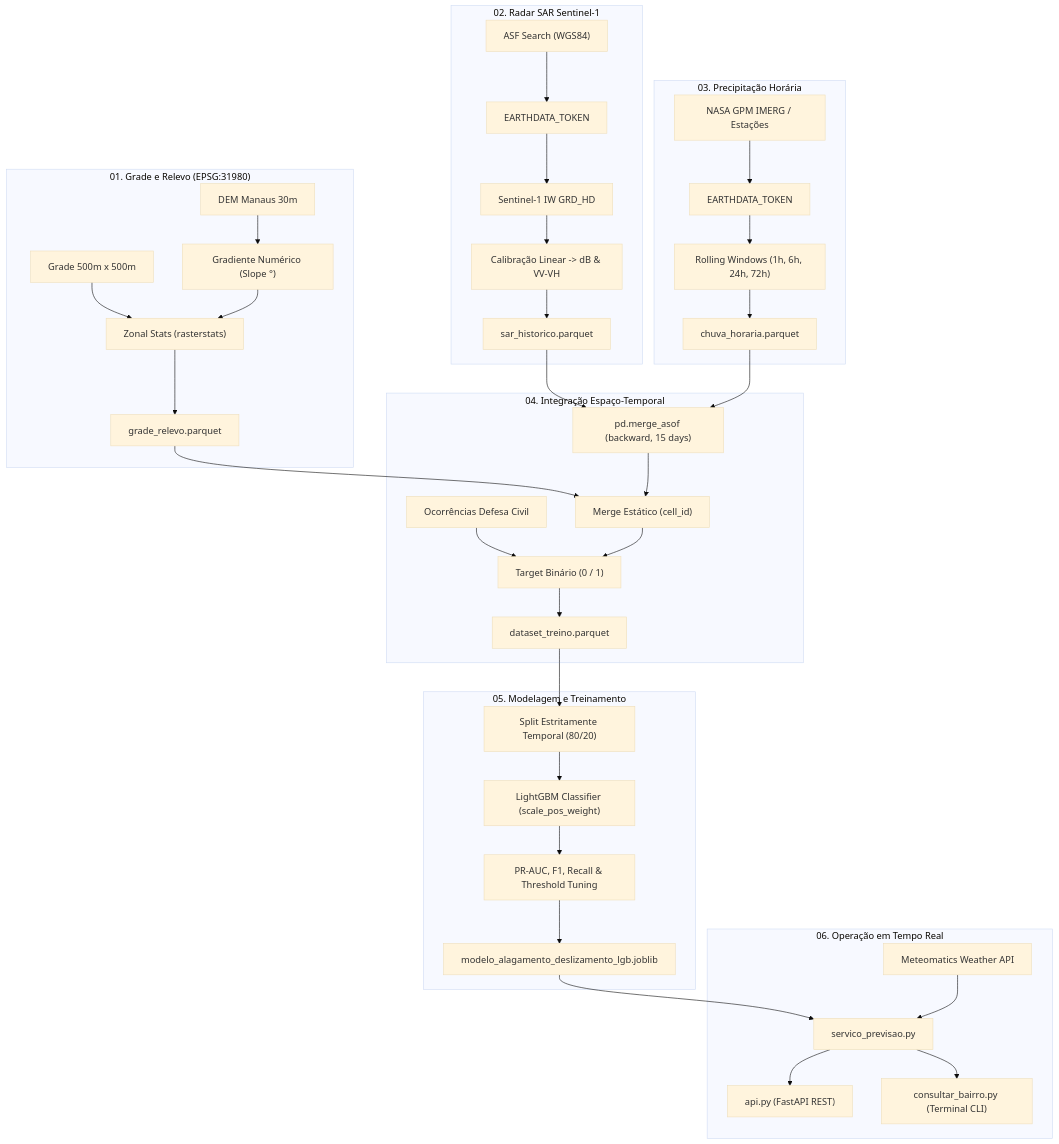
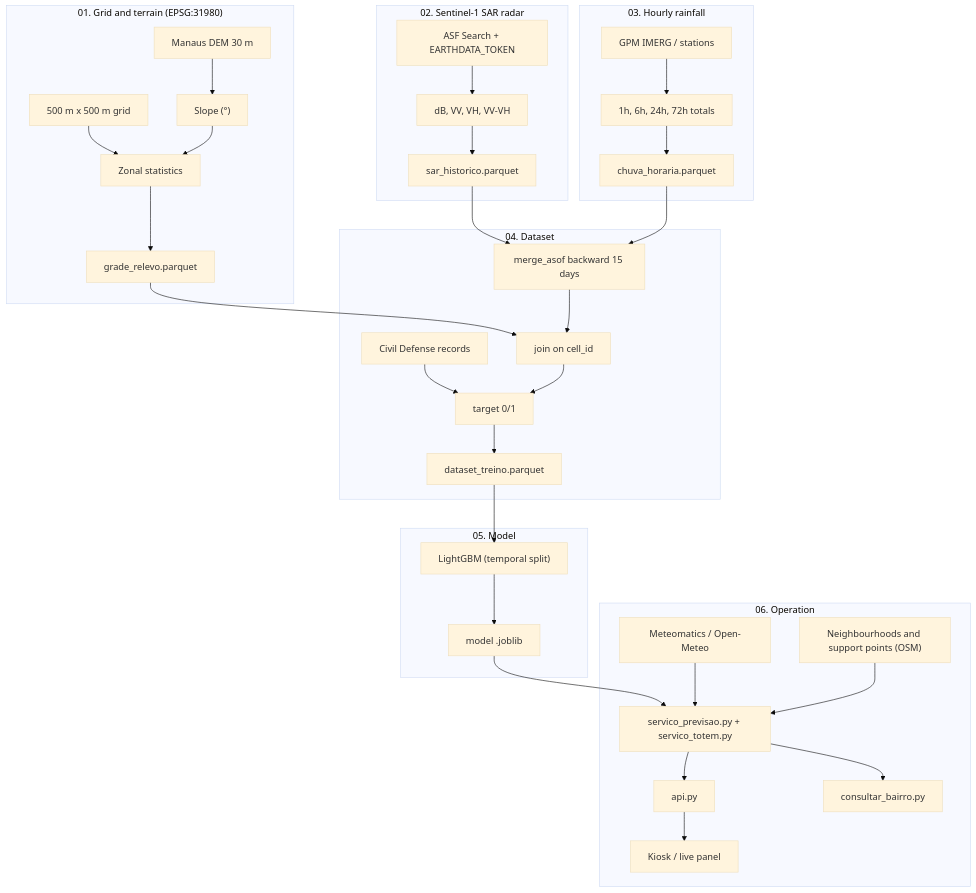
The diagram in README.md (Gridissss/FRAPC-by-COSMOS), drawn with Mermaid (base theme) before and after one commit. The commit also changed other lines of this file and 2 other files, not shown here.

````diff
--- a/README.md
+++ b/README.md
@@ -62,46 +335,32 @@
 ```mermaid
 flowchart TD
-    subgraph S1["01. Grade e Relevo (EPSG:31980)"]
-        DEM["DEM Manaus 30m"] --> Slope["Gradiente Numérico (Slope °)"]
-        Grid["Grade 500m x 500m"] --> ZS["Zonal Stats (rasterstats)"]
-        Slope --> ZS
-        ZS --> Parquet1["grade_relevo.parquet"]
+    subgraph S1["01. Grid and terrain (EPSG:31980)"]
+        DEM["Manaus DEM 30 m"] --> Slope["Slope (°)"]
+        Grid["500 m x 500 m grid"] --> ZS["Zonal statistics"]
+        Slope --> ZS --> P1["grade_relevo.parquet"]
     end
-
-    subgraph S2["02. Radar SAR Sentinel-1"]
-        ASF["ASF Search (WGS84)"] --> Token1["EARTHDATA_TOKEN"]
-        Token1 --> S1_Down["Sentinel-1 IW GRD_HD"]
-        S1_Down --> SAR_dB["Calibração Linear -> dB & VV-VH"]
-        SAR_dB --> Parquet2["sar_historico.parquet"]
+    subgraph S2["02. Sentinel-1 SAR radar"]
+        ASF["ASF Search + EARTHDATA_TOKEN"] --> SAR["dB, VV, VH, VV-VH"] --> P2["sar_historico.parquet"]
     end
-
-    subgraph S3["03. Precipitação Horária"]
-        GPM["NASA GPM IMERG / Estações"] --> Token2["EARTHDATA_TOKEN"]
-        Token2 --> Roll["Rolling Windows (1h, 6h, 24h, 72h)"]
-        Roll --> Parquet3["chuva_horaria.parquet"]
+    subgraph S3["03. Hourly rainfall"]
+        GPM["GPM IMERG / stations"] --> Roll["1h, 6h, 24h, 72h totals"] --> P3["chuva_horaria.parquet"]
     end
-
-    subgraph S4["04. Integração Espaço-Temporal"]
-        Parquet2 --> MergeAsof["pd.merge_asof (backward, 15 days)"]
-        Parquet3 --> MergeAsof
-        Parquet1 --> MergeStatic["Merge Estático (cell_id)"]
-        MergeAsof --> MergeStatic
-        DC["Ocorrências Defesa Civil"] --> Target["Target Binário (0 / 1)"]
-        MergeStatic --> Target
-        Target --> Parquet4["dataset_treino.parquet"]
+    subgraph S4["04. Dataset"]
+        P2 --> MA["merge_asof backward 15 days"]
+        P3 --> MA
+        P1 --> MS["join on cell_id"]
+        MA --> MS
+        DC["Civil Defense records"] --> T["target 0/1"]
+        MS --> T --> P4["dataset_treino.parquet"]
     end
-
-    subgraph S5["05. Modelagem e Treinamento"]
-        Parquet4 --> Split["Split Estritamente Temporal (80/20)"]
-        Split --> LGB["LightGBM Classifier (scale_pos_weight)"]
-        LGB --> Eval["PR-AUC, F1, Recall & Threshold Tuning"]
-        Eval --> Artifact["modelo_alagamento_deslizamento_lgb.joblib"]
+    subgraph S5["05. Model"]
+        P4 --> LGB["LightGBM (temporal split)"] --> M["model .joblib"]
     end
-
-    subgraph S6["06. Operação em Tempo Real"]
-        Artifact --> Engine["servico_previsao.py"]
-        Meteo["Meteomatics Weather API"] --> Engine
-        Engine --> API["api.py (FastAPI REST)"]
-        Engine --> CLI["consultar_bairro.py (Terminal CLI)"]
+    subgraph S6["06. Operation"]
+        M --> SP["servico_previsao.py + servico_totem.py"]
+        Meteo["Meteomatics / Open-Meteo"] --> SP
+        OSM["Neighbourhoods and support points (OSM)"] --> SP
+        SP --> API["api.py"] --> TOTEM["Kiosk / live panel"]
+        SP --> CLI["consultar_bairro.py"]
     end
 ```
````
